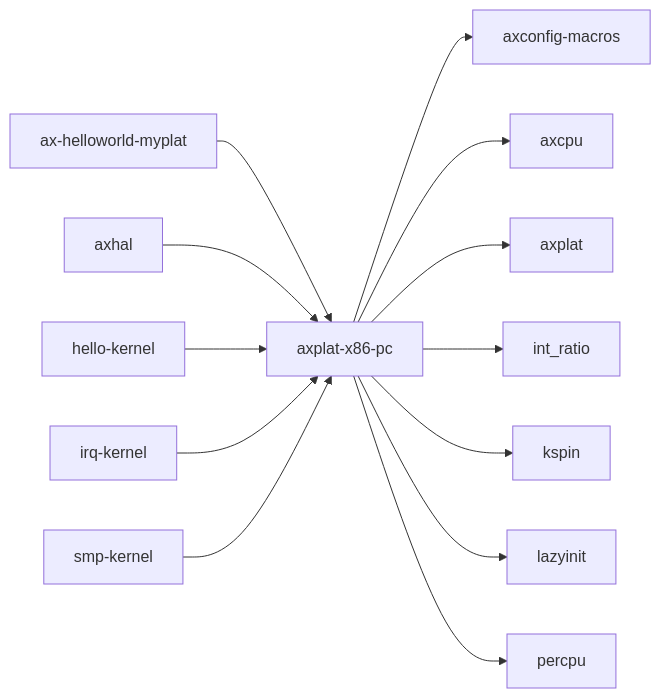
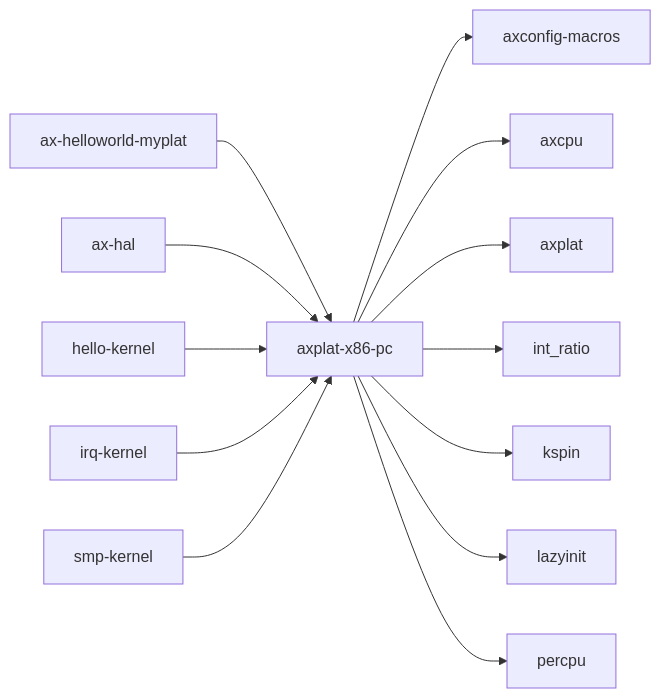
The third of 3 diagrams in docs/crates/axplat-x86-pc.md (zKurisu/tgoskits), drawn with Mermaid before and after one commit. The commit also changed other lines of this file and 158 other files, not shown here.

Commit message:
rename axhal to ax-hal

````diff
--- a/docs/crates/axplat-x86-pc.md
+++ b/docs/crates/axplat-x86-pc.md
@@ -238,16 +238,16 @@
 ```mermaid
 graph LR
     current["axplat-x86-pc"]
     current --> axconfig_macros["axconfig-macros"]
     current --> axcpu["axcpu"]
     current --> axplat["axplat"]
     current --> int_ratio["int_ratio"]
     current --> kspin["kspin"]
     current --> lazyinit["lazyinit"]
     current --> percpu["percpu"]
     arceos_helloworld_myplat["ax-helloworld-myplat"] --> current
-    axhal["axhal"] --> current
+    ax-hal["ax-hal"] --> current
     hello_kernel["hello-kernel"] --> current
     irq_kernel["irq-kernel"] --> current
     smp_kernel["smp-kernel"] --> current
 ```
````
